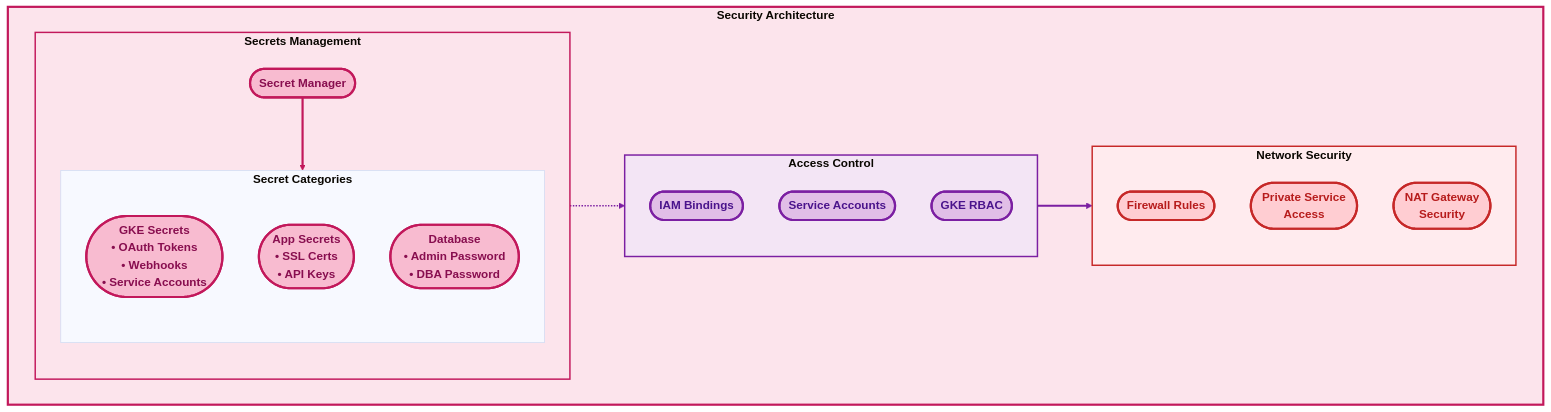
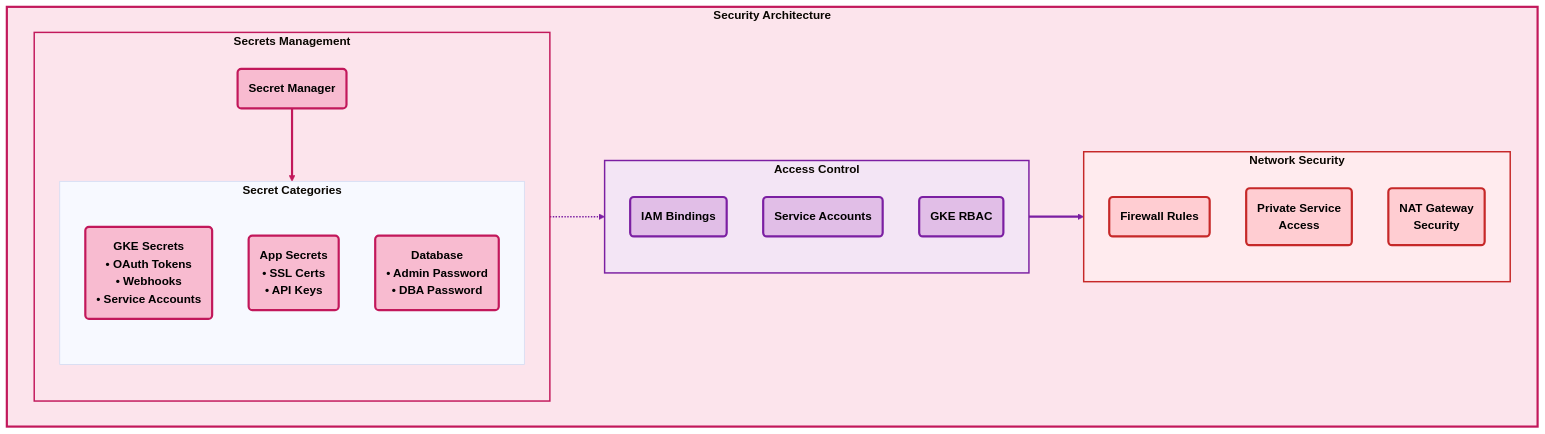
Before and after one commit to spolspol/terragrunt-gcp-org-automation: the fourth of 7 diagrams in docs/ARCHITECTURE_DIAGRAM.md, drawn with Mermaid (base theme). The commit also changed other lines of this file, not shown here.

Commit message:
Improves architecture diagram readability

````diff
--- a/docs/ARCHITECTURE_DIAGRAM.md
+++ b/docs/ARCHITECTURE_DIAGRAM.md
@@ -334,46 +334,46 @@
 ```mermaid
 flowchart TD
     subgraph SecurityComponents["<b>Security Architecture</b>"]
         subgraph SecretsManagement["<b>Secrets Management</b>"]
-            SM(["<b>Secret Manager</b>"])
+            SM("<b>Secret Manager</b>")
             subgraph SecretTypes["<b>Secret Categories</b>"]
-                GKE_SEC(["<b>GKE Secrets<br/>• OAuth Tokens<br/>• Webhooks<br/>• Service Accounts</b>"])
-                APP_SEC(["<b>App Secrets<br/>• SSL Certs<br/>• API Keys</b>"])
-                DB_SEC(["<b>Database<br/>• Admin Password<br/>• DBA Password</b>"])
+                GKE_SEC("<b>GKE Secrets<br/>• OAuth Tokens<br/>• Webhooks<br/>• Service Accounts</b>")
+                APP_SEC("<b>App Secrets<br/>• SSL Certs<br/>• API Keys</b>")
+                DB_SEC("<b>Database<br/>• Admin Password<br/>• DBA Password</b>")
             end
             SM ==> SecretTypes
         end
 
         subgraph AccessControl["<b>Access Control</b>"]
-            IAM_BIND(["<b>IAM Bindings</b>"])
-            SA(["<b>Service Accounts</b>"])
-            RBAC(["<b>GKE RBAC</b>"])
+            IAM_BIND("<b>IAM Bindings</b>")
+            SA("<b>Service Accounts</b>")
+            RBAC("<b>GKE RBAC</b>")
         end
 
         subgraph NetworkSecurity["<b>Network Security</b>"]
-            FW(["<b>Firewall Rules</b>"])
-            PSA(["<b>Private Service<br/>Access</b>"])
-            NAT_SEC(["<b>NAT Gateway<br/>Security</b>"])
+            FW("<b>Firewall Rules</b>")
+            PSA("<b>Private Service<br/>Access</b>")
+            NAT_SEC("<b>NAT Gateway<br/>Security</b>")
         end
     end
 
     SecretsManagement -.-> AccessControl
     AccessControl ==> NetworkSecurity
 
-    classDef secrets fill:#f8bbd0,stroke:#c2185b,stroke-width:3px,font-weight:bold,color:#880e4f
-    classDef access fill:#e1bee7,stroke:#7b1fa2,stroke-width:3px,font-weight:bold,color:#4a148c
-    classDef netsec fill:#ffcdd2,stroke:#c62828,stroke-width:3px,font-weight:bold,color:#b71c1c
+    classDef secrets fill:#f8bbd0,stroke:#c2185b,stroke-width:3px,font-weight:bold,color:#000
+    classDef access fill:#e1bee7,stroke:#7b1fa2,stroke-width:3px,font-weight:bold,color:#000
+    classDef netsec fill:#ffcdd2,stroke:#c62828,stroke-width:3px,font-weight:bold,color:#000
 
     class SM,GKE_SEC,APP_SEC,DB_SEC secrets
     class IAM_BIND,SA,RBAC access
     class FW,PSA,NAT_SEC netsec
 
     linkStyle 0 stroke:#c2185b,stroke-width:3px
     linkStyle 1 stroke:#7b1fa2,stroke-width:2px
     linkStyle 2 stroke:#7b1fa2,stroke-width:3px
 
     style SecurityComponents fill:#fce4ec,stroke:#c2185b,stroke-width:3px
     style SecretsManagement fill:#fce4ec,stroke:#c2185b,stroke-width:2px
     style AccessControl fill:#f3e5f5,stroke:#7b1fa2,stroke-width:2px
     style NetworkSecurity fill:#ffebee,stroke:#c62828,stroke-width:2px
 ```
````
